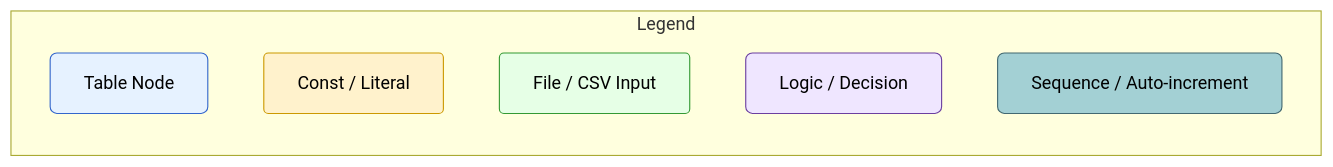
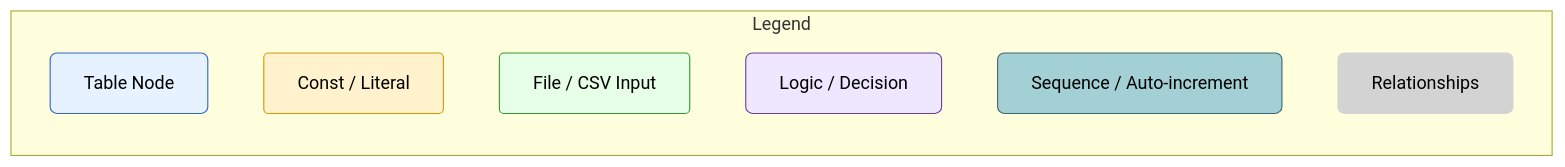
One commit to Emory-OMOP/CVB changed the first of 6 diagrams in PSYCHIATRY/Builder/sql/readme.md. Above: the diagram before and after it, drawn with Mermaid.

Commit message:
added relationships

````diff
--- a/PSYCHIATRY/Builder/sql/readme.md
+++ b/PSYCHIATRY/Builder/sql/readme.md
@@ -6,17 +6,24 @@
 ```mermaid
 flowchart LR
-
-  subgraph Legend [Legend]
-    L1[Table Node]:::table
-    L2[Const / Literal]:::const
-    L3[File / CSV Input]:::file
-    L4[Logic / Decision]:::logic
-    L5[Sequence / Auto-increment]:::sequence
+ subgraph Legend["Legend"]
+        L1["Table Node"]
+        L2["Const / Literal"]
+        L3["File / CSV Input"]
+        L4["Logic / Decision"]
+        L5["Sequence / Auto-increment"]
+        L6["Relationships"]
   end
 
-  classDef table fill:#e6f2ff,stroke:#3366cc,stroke-width:1px,color:#000,rx:6,ry:6;
-  classDef const fill:#fff2cc,stroke:#cc9900,stroke-width:1px,color:#000,rx:4,ry:4;
-  classDef file fill:#e6ffe6,stroke:#339933,stroke-width:1px,color:#000,rx:4,ry:4;
-  classDef sequence fill:#a3d0D4,stroke:#426871,stroke-width:1px,color:#000,rx:6,ry:6;
-  classDef logic fill:#efe6ff,stroke:#6b3fa0,stroke-width:1px,color:#000,rx:6,ry:6;
+     L1:::table
+     L2:::const
+     L3:::file
+     L4:::logic
+     L5:::sequence
+     L6:::relt
+    classDef table fill:#e6f2ff,stroke:#3366cc,stroke-width:1px,color:#000,rx:6,ry:6
+    classDef const fill:#fff2cc,stroke:#cc9900,stroke-width:1px,color:#000,rx:4,ry:4
+    classDef file fill:#e6ffe6,stroke:#339933,stroke-width:1px,color:#000,rx:4,ry:4
+    classDef sequence fill:#a3d0D4,stroke:#426871,stroke-width:1px,color:#000,rx:6,ry:6
+    classDef logic fill:#efe6ff,stroke:#6b3fa0,stroke-width:1px,color:#000,rx:6,ry:6
+    classDef relt fill:#d3d3d3,stroke:#d3d3d3,stroke-width:1px,color:#000,rx:6,ry:6
 ```
````
